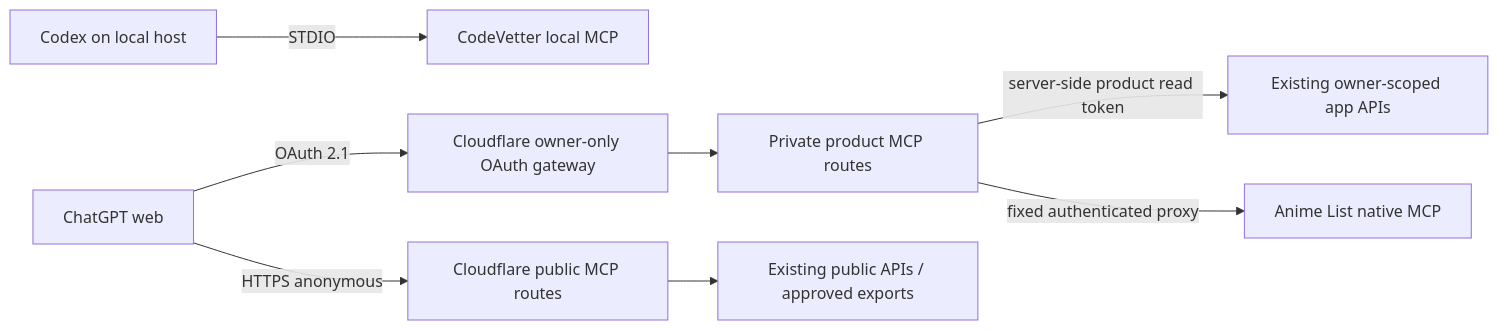
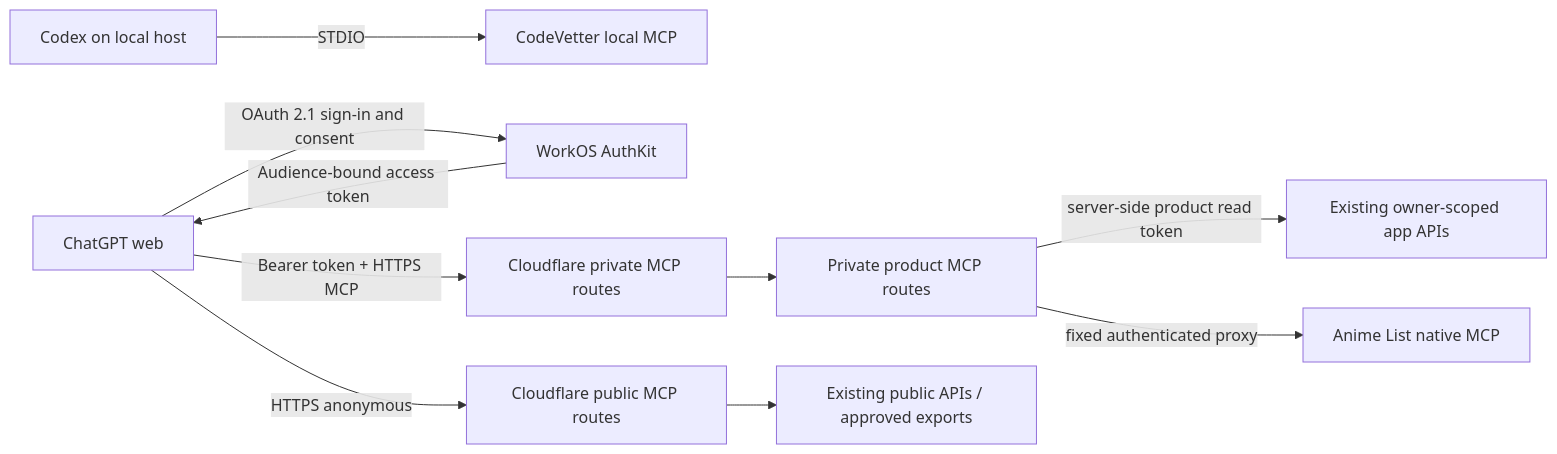
Before and after one commit to sass-maker/site-health: the diagram in foundry/openspec/changes/route-existing-mcp-connections/design.md, drawn with Mermaid. The commit also changed other lines of this file and 15 other files, not shown here.

Commit message:
feat(mcp): use WorkOS AuthKit for private routes

````diff
--- a/foundry/openspec/changes/route-existing-mcp-connections/design.md
+++ b/foundry/openspec/changes/route-existing-mcp-connections/design.md
@@ -51,12 +51,14 @@
 ```mermaid
 flowchart LR
     C[Codex on local host]
     W[ChatGPT web]
     C -->|STDIO| CV[CodeVetter local MCP]
-    W -->|OAuth 2.1| O[Cloudflare owner-only OAuth gateway]
+    W -->|OAuth 2.1 sign-in and consent| A[WorkOS AuthKit]
+    A -->|Audience-bound access token| W
+    W -->|Bearer token + HTTPS MCP| O[Cloudflare private MCP routes]
     W -->|HTTPS anonymous| HU[Cloudflare public MCP routes]
     O --> HP[Private product MCP routes]
     HP -->|server-side product read token| OA[Existing owner-scoped app APIs]
     HU --> PA[Existing public APIs / approved exports]
     HP -->|fixed authenticated proxy| AN[Anime List native MCP]
 ```
````
